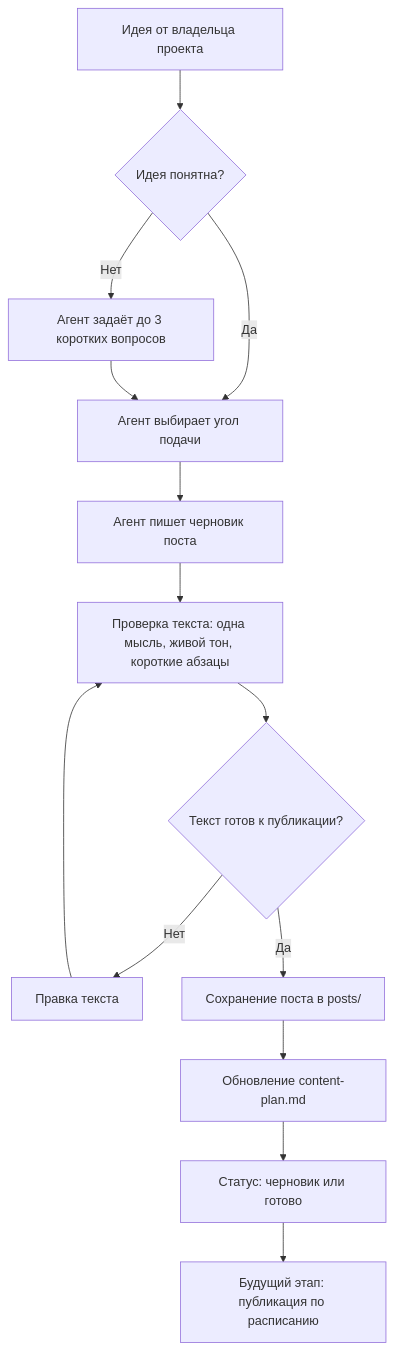
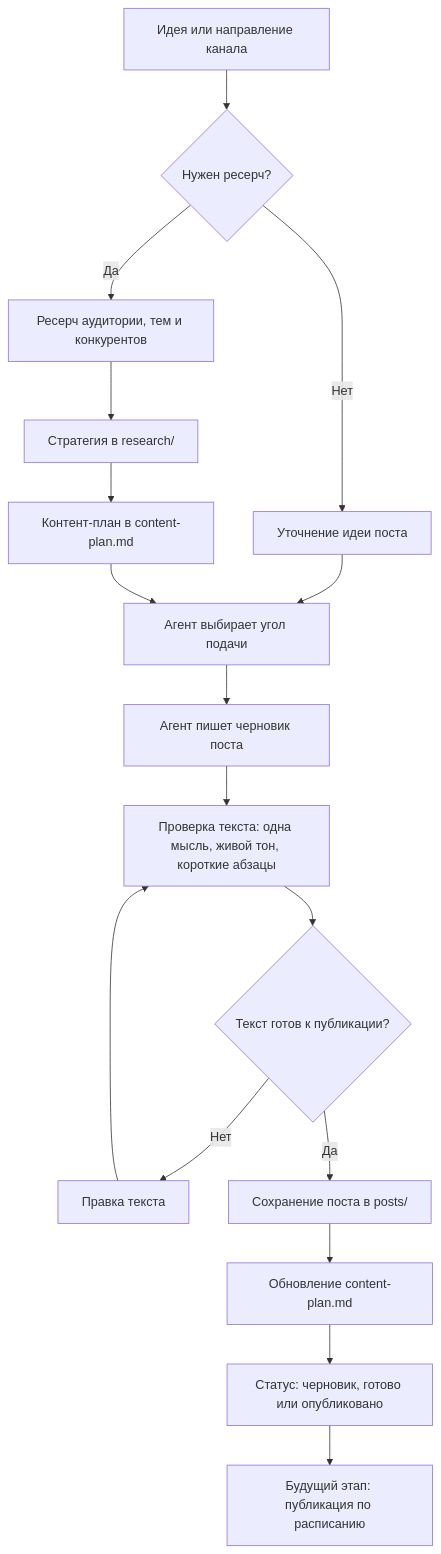
Before and after one commit to afonin900/threads-text-writer: the diagram in README.md, drawn with Mermaid. The commit also changed other lines of this file and 3 other files, not shown here.

Commit message:
Добавлен контент-план для теннисного блога

````diff
--- a/README.md
+++ b/README.md
@@ -9,19 +9,22 @@
 ```mermaid
 flowchart TD
-    A["Идея от владельца проекта"] --> B{"Идея понятна?"}
-    B -- "Да" --> C["Агент выбирает угол подачи"]
-    B -- "Нет" --> D["Агент задаёт до 3 коротких вопросов"]
-    D --> C
+    A["Идея или направление канала"] --> B{"Нужен ресерч?"}
+    B -- "Да" --> C["Ресерч аудитории, тем и конкурентов"]
+    B -- "Нет" --> D["Уточнение идеи поста"]
+    C --> E["Стратегия в research/"]
+    E --> F["Контент-план в content-plan.md"]
+    D --> G["Агент выбирает угол подачи"]
+    F --> G
 
-    C --> E["Агент пишет черновик поста"]
-    E --> F["Проверка текста: одна мысль, живой тон, короткие абзацы"]
-    F --> G{"Текст готов к публикации?"}
+    G --> H["Агент пишет черновик поста"]
+    H --> I["Проверка текста: одна мысль, живой тон, короткие абзацы"]
+    I --> J{"Текст готов к публикации?"}
 
-    G -- "Нет" --> H["Правка текста"]
-    H --> F
+    J -- "Нет" --> K["Правка текста"]
+    K --> I
 
-    G -- "Да" --> I["Сохранение поста в posts/"]
-    I --> J["Обновление content-plan.md"]
-    J --> K["Статус: черновик или готово"]
-    K --> L["Будущий этап: публикация по расписанию"]
+    J -- "Да" --> L["Сохранение поста в posts/"]
+    L --> M["Обновление content-plan.md"]
+    M --> N["Статус: черновик, готово или опубликовано"]
+    N --> O["Будущий этап: публикация по расписанию"]
 ```
````
